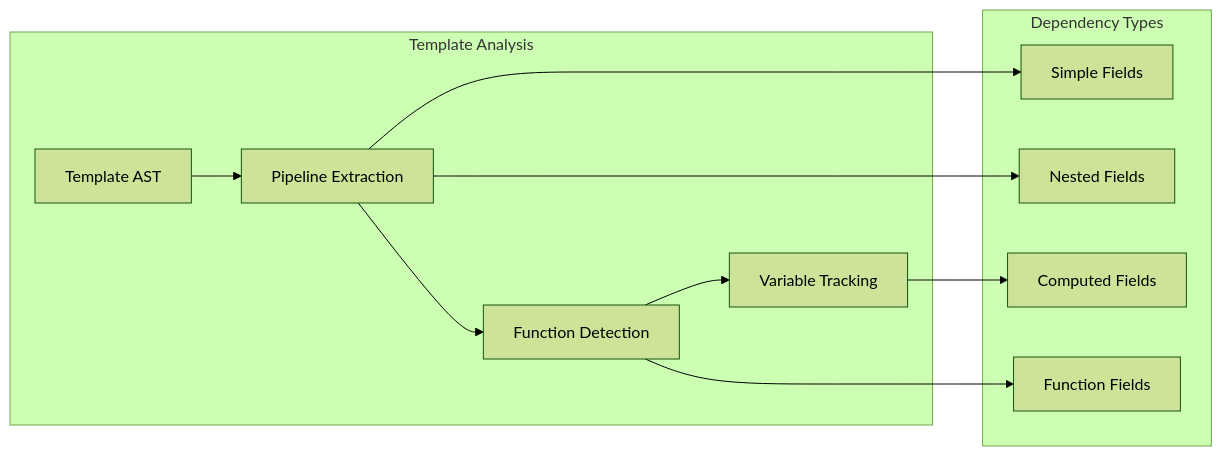
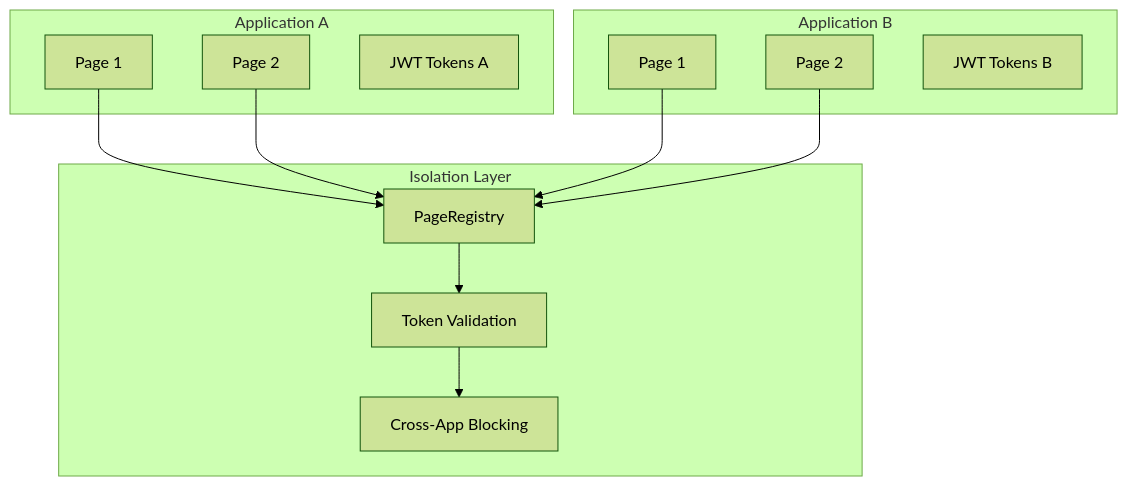
One commit to livetemplate/livetemplate changed the fifth of 5 diagrams in docs/ARCHITECTURE.md. Above: the diagram before and after it, drawn with Mermaid (forest theme). The commit also changed other lines of this file and 169 other files, not shown here.

````diff
--- a/docs/ARCHITECTURE.md
+++ b/docs/ARCHITECTURE.md
@@ -298,25 +210,27 @@
 ```mermaid
-graph LR
-    subgraph "Template Analysis"
-        TA[Template AST]
-        PE[Pipeline Extraction]
-        FD[Function Detection]
-        VT[Variable Tracking]
+graph TD
+    subgraph "Application A"
+        A1[Page 1]
+        A2[Page 2]
+        AJ[JWT Tokens A]
     end
-
-    subgraph "Dependency Types"
-        SF[Simple Fields]
-        NF[Nested Fields]
-        CF[Computed Fields]
-        FF[Function Fields]
+    
+    subgraph "Application B" 
+        B1[Page 1]
+        B2[Page 2]
+        BJ[JWT Tokens B]
     end
-
-    TA --> PE
-    PE --> FD
-    FD --> VT
-
-    PE --> SF
-    PE --> NF
-    VT --> CF
-    FD --> FF
+    
+    subgraph "Isolation Layer"
+        REG[PageRegistry]
+        VAL[Token Validation]
+        ISO[Cross-App Blocking]
+    end
+    
+    A1 --> REG
+    A2 --> REG
+    B1 --> REG
+    B2 --> REG
+    REG --> VAL
+    VAL --> ISO
 ```
````
